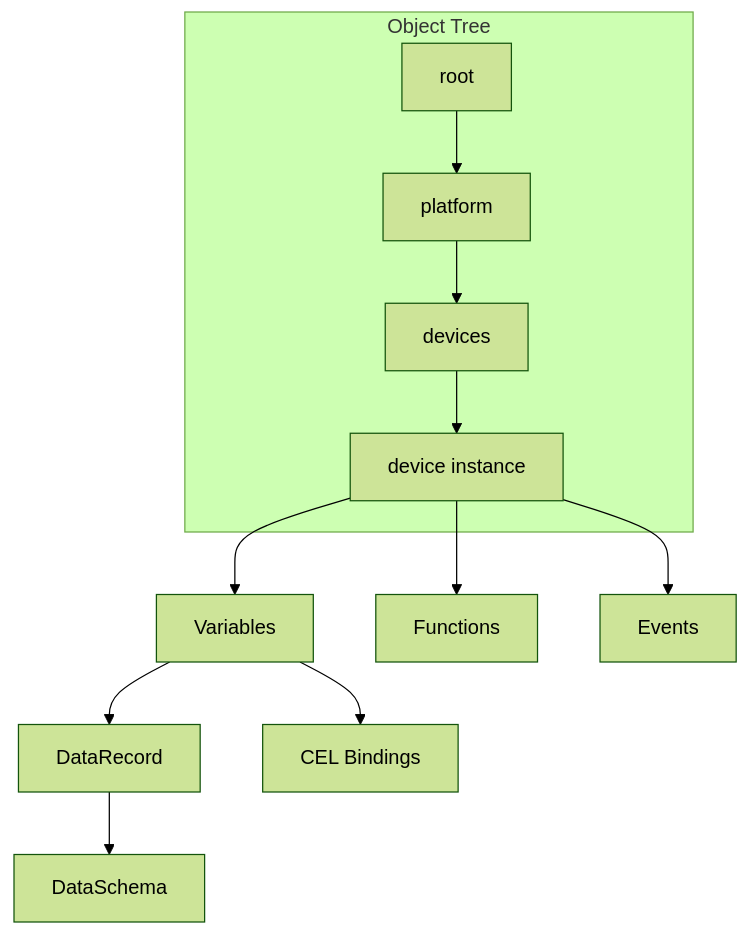
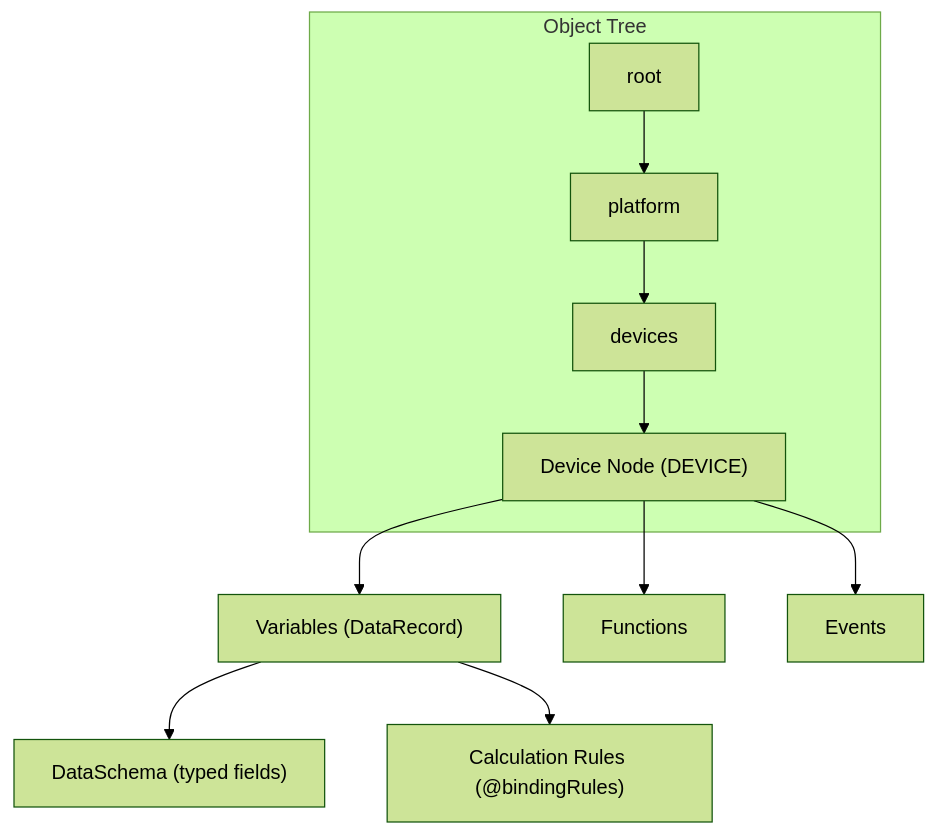
The diagram in docs/en/architecture.md (iot-solutions-ru/ispf), drawn with Mermaid (forest theme) before and after one commit. The commit also changed other lines of this file and 36 other files, not shown here.

````diff
--- a/docs/en/architecture.md
+++ b/docs/en/architecture.md
@@ -37,17 +36,16 @@
 ```mermaid
 graph TB
     subgraph ObjectTree["Object Tree"]
         ROOT[root]
         PLATFORM[platform]
         DEVICES[devices]
-        DEVICE[device instance]
+        DEVICE["Device Node (DEVICE)"]
         ROOT --> PLATFORM --> DEVICES --> DEVICE
     end
 
-    DEVICE --> VARS[Variables]
-    DEVICE --> FUNCS[Functions]
-    DEVICE --> EVENTS[Events]
-    VARS --> DR[DataRecord]
-    DR --> SCHEMA[DataSchema]
-    VARS --> CEL[CEL Bindings]
+    DEVICE --> VARS["Variables (DataRecord)"]
+    DEVICE --> FUNCS["Functions"]
+    DEVICE --> EVENTS["Events"]
+    VARS --> SCHEMA["DataSchema (typed fields)"]
+    VARS --> CEL["Calculation Rules (@bindingRules)"]
 ```
````
